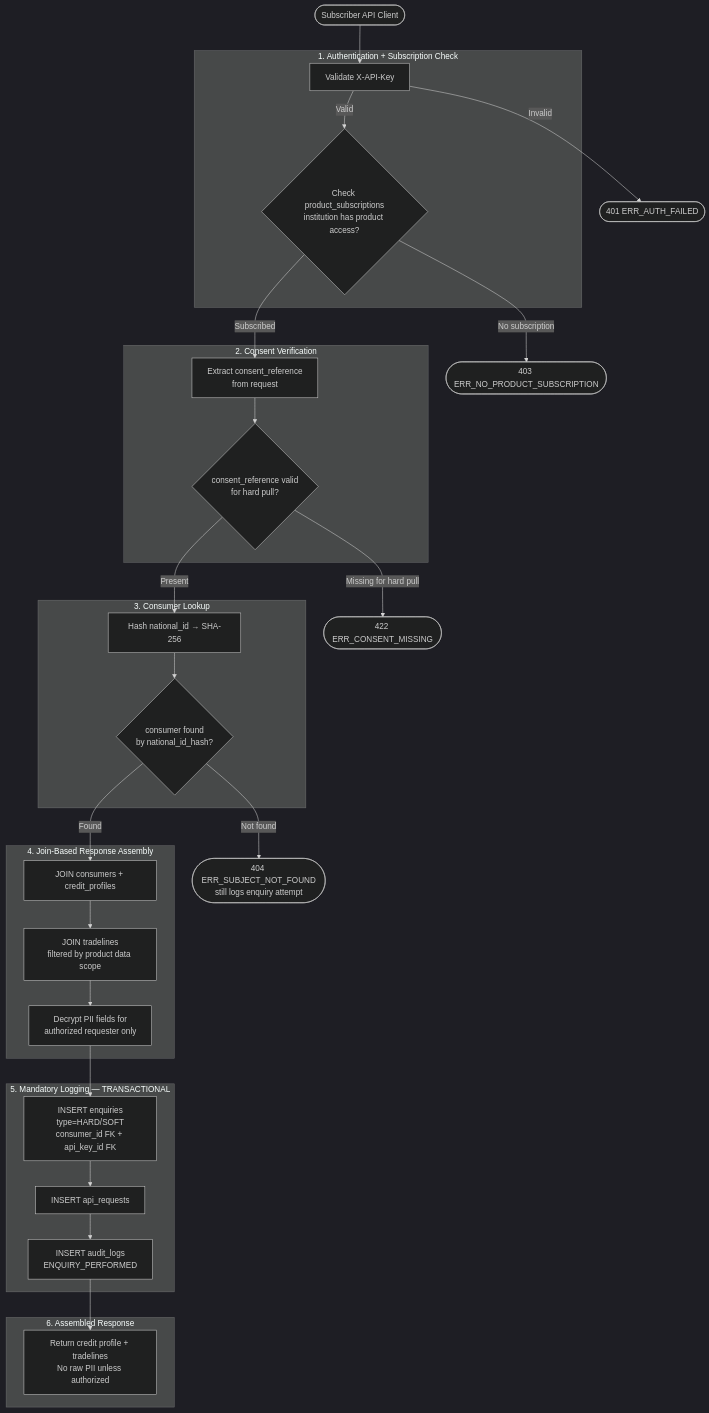
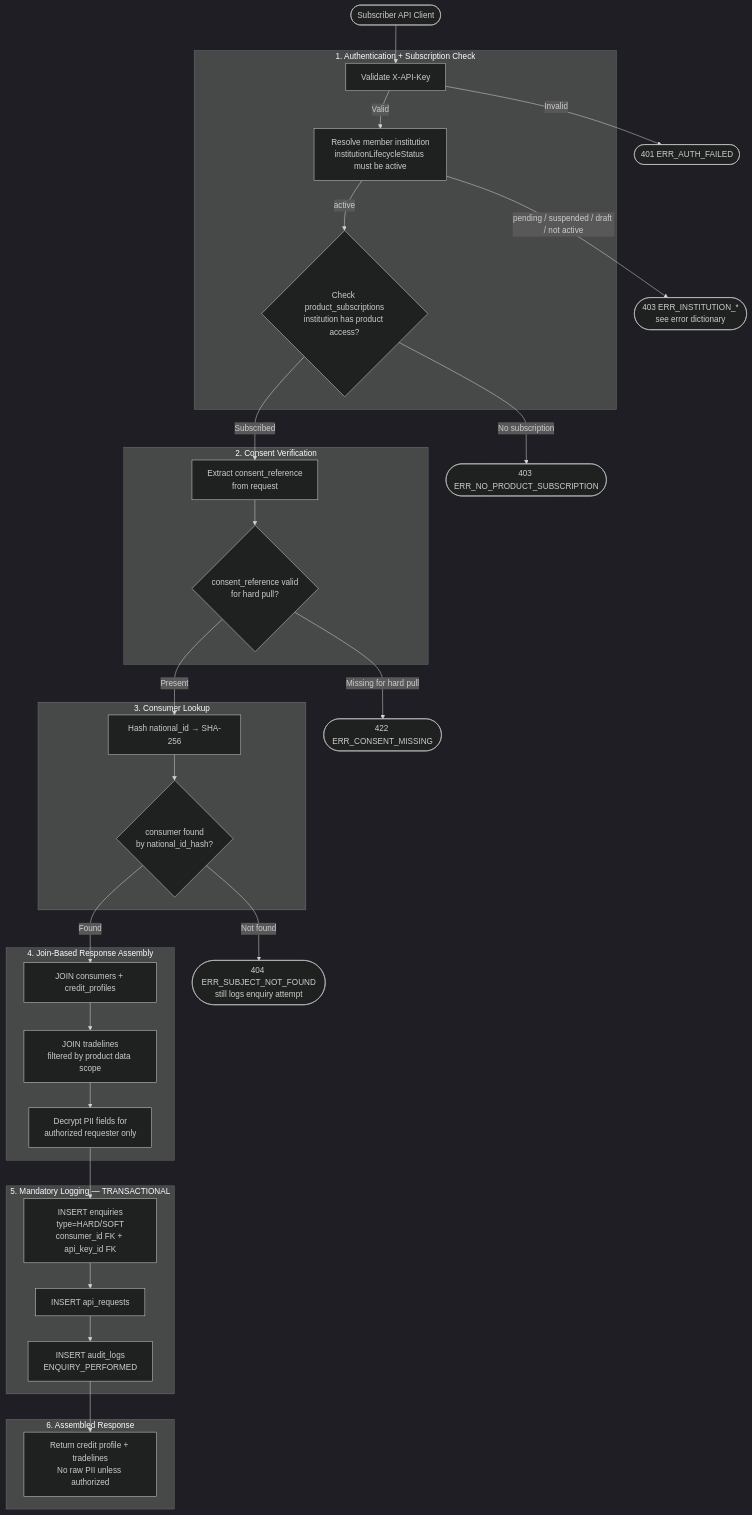
Before and after one commit to ashutoshbelulkar-coder/credit-harmony: the second of 6 diagrams in docs/technical/Data-Flow-Diagram.md, drawn with Mermaid (dark theme). The commit also changed other lines of this file and 78 other files, not shown here.

First line of the commit message:
feat: Fastify schema-mapper and data-ingestion APIs, register form metadata, packet catalog parity, UI and docs updates

````diff
--- a/docs/technical/Data-Flow-Diagram.md
+++ b/docs/technical/Data-Flow-Diagram.md
@@ -71,53 +90,56 @@
 ```mermaid
 flowchart TD
     START([Subscriber API Client])
 
     subgraph Auth [1. Authentication + Subscription Check]
         A1[Validate X-API-Key]
+        A1b[Resolve member institution<br/>institutionLifecycleStatus must be active]
         A2{Check product_subscriptions<br/>institution has product access?}
     end
 
     subgraph Consent [2. Consent Verification]
         B1[Extract consent_reference<br/>from request]
         B2{consent_reference valid<br/>for hard pull?}
     end
 
     subgraph Resolve [3. Consumer Lookup]
         C1[Hash national_id → SHA-256]
         C2{consumer found<br/>by national_id_hash?}
     end
 
     subgraph Assemble [4. Join-Based Response Assembly]
         D1[JOIN consumers + credit_profiles]
         D2[JOIN tradelines<br/>filtered by product data scope]
         D3[Decrypt PII fields for<br/>authorized requester only]
     end
 
     subgraph Log [5. Mandatory Logging — TRANSACTIONAL]
         E1[INSERT enquiries<br/>type=HARD/SOFT<br/>consumer_id FK + api_key_id FK]
         E2[INSERT api_requests]
         E3[INSERT audit_logs<br/>ENQUIRY_PERFORMED]
     end
 
     subgraph Response [6. Assembled Response]
         F1[Return credit profile + tradelines<br/>No raw PII unless authorized]
     end
 
     START --> A1
     A1 -->|Invalid| FAIL1([401 ERR_AUTH_FAILED])
-    A1 -->|Valid| A2
+    A1 -->|Valid| A1b
+    A1b -->|pending / suspended / draft / not active| FAIL1b([403 ERR_INSTITUTION_*<br/>see error dictionary])
+    A1b -->|active| A2
     A2 -->|No subscription| FAIL2([403 ERR_NO_PRODUCT_SUBSCRIPTION])
     A2 -->|Subscribed| B1
     B1 --> B2
     B2 -->|Missing for hard pull| FAIL3([422 ERR_CONSENT_MISSING])
     B2 -->|Present| C1
     C1 --> C2
     C2 -->|Not found| FAIL4([404 ERR_SUBJECT_NOT_FOUND<br/>still logs enquiry attempt])
     C2 -->|Found| D1
     D1 --> D2
     D2 --> D3
     D3 --> E1
     E1 --> E2
     E2 --> E3
     E3 --> F1
 ```
````
